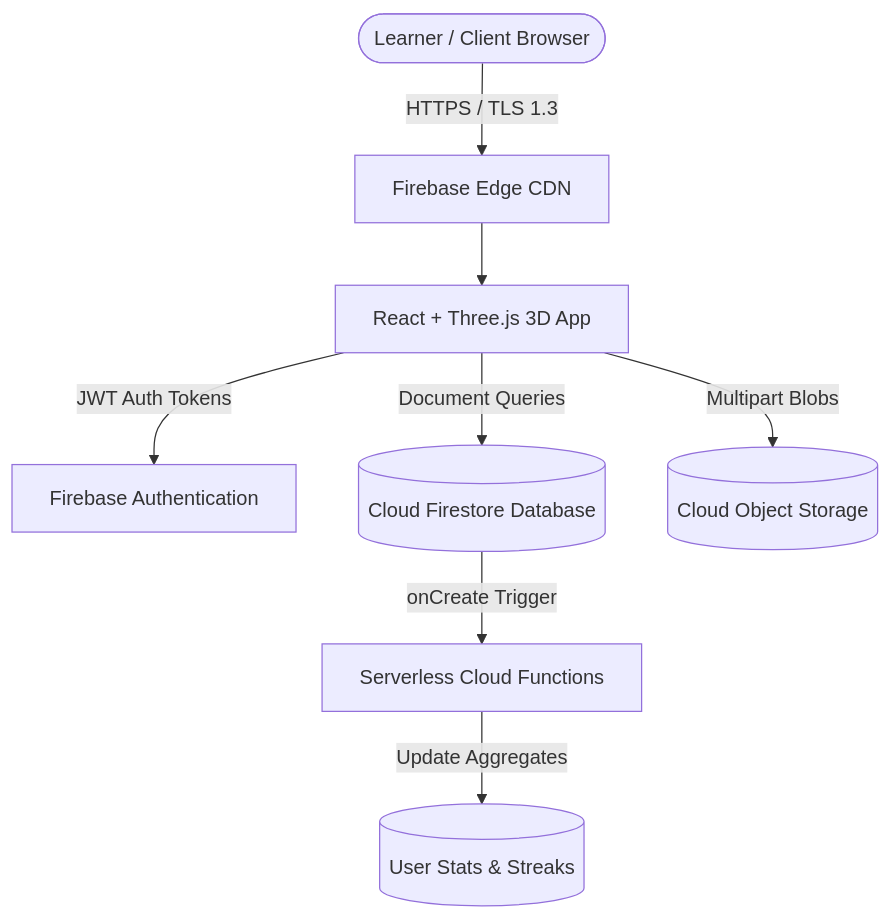
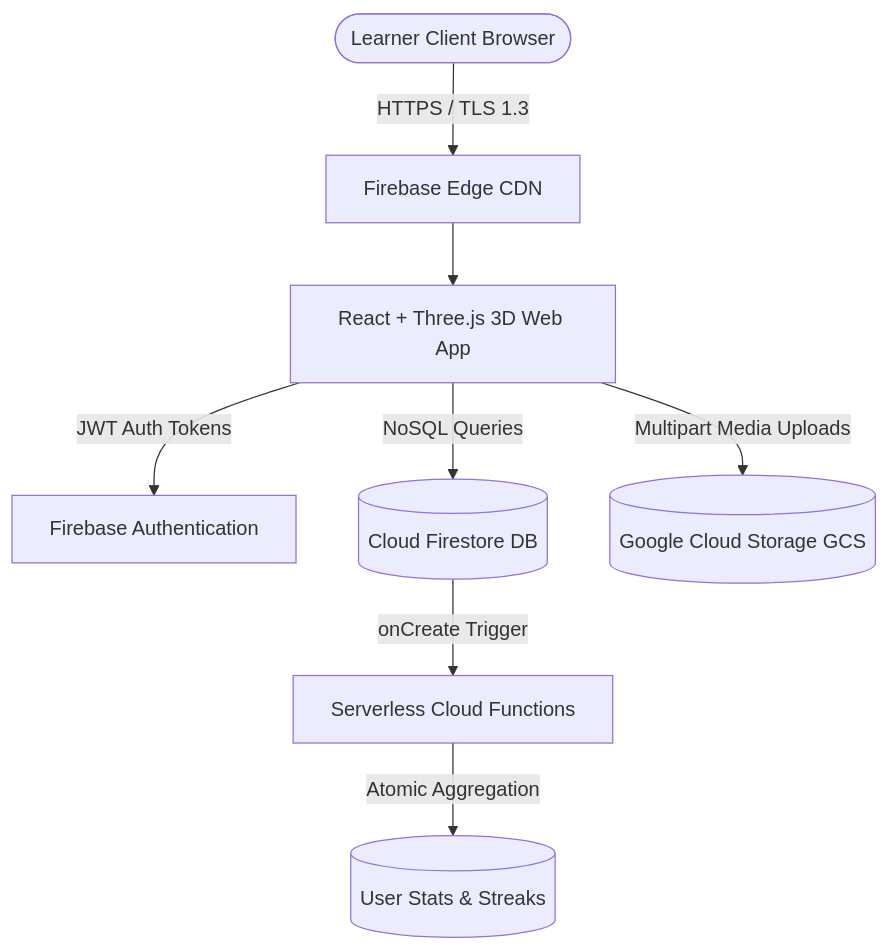
Before and after one commit to rohitsingh83/Cloud-Hobby-Skills-Tracker: the diagram in README.md, drawn with Mermaid. The commit also changed other lines of this file and 1 other file, not shown here.

````diff
--- a/README.md
+++ b/README.md
@@ -39,10 +252,10 @@
 ```mermaid
 flowchart TD
-    User([Learner / Client Browser]) -->|HTTPS / TLS 1.3| CDN[Firebase Edge CDN]
-    CDN --> WebApp[React + Three.js 3D App]
+    Client([Learner Client Browser]) -->|HTTPS / TLS 1.3| CDN[Firebase Edge CDN]
+    CDN --> WebApp[React + Three.js 3D Web App]
     WebApp -->|JWT Auth Tokens| Auth[Firebase Authentication]
-    WebApp -->|Document Queries| Firestore[(Cloud Firestore Database)]
-    WebApp -->|Multipart Blobs| Storage[(Cloud Object Storage)]
-    Firestore -->|onCreate Trigger| Functions[Serverless Cloud Functions]
-    Functions -->|Update Aggregates| Stats[(User Stats & Streaks)]
+    WebApp -->|NoSQL Queries| Firestore[(Cloud Firestore DB)]
+    WebApp -->|Multipart Media Uploads| Storage[(Google Cloud Storage GCS)]
+    Firestore -->|onCreate Trigger| CloudFn[Serverless Cloud Functions]
+    CloudFn -->|Atomic Aggregation| Stats[(User Stats & Streaks)]
 ```
````
